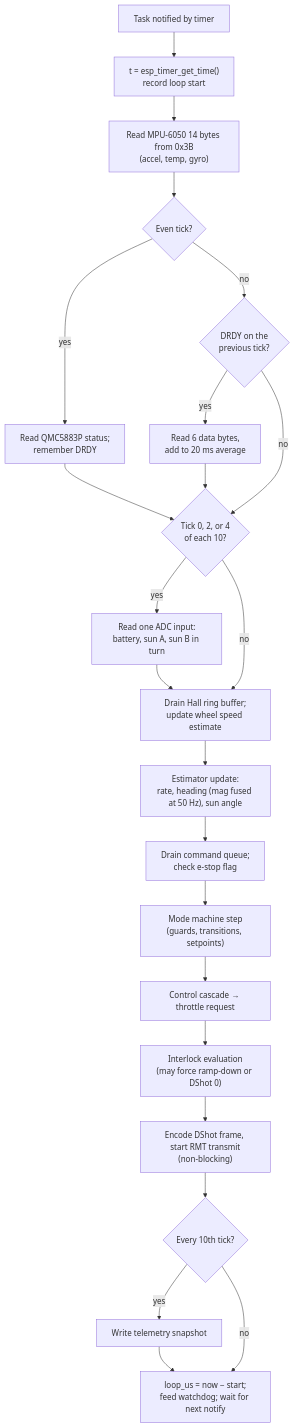
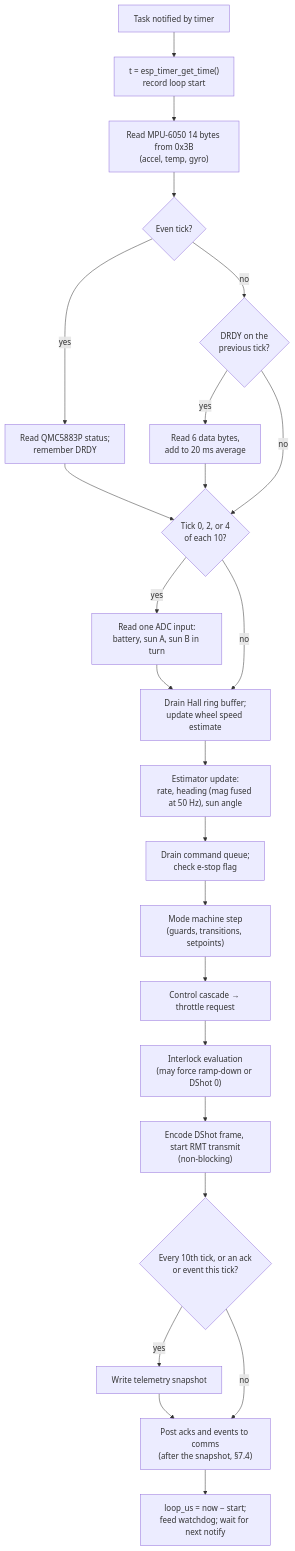
The fourth of 13 diagrams in docs/firmware-design.md (aarochu/DirecSun), drawn with Mermaid before and after one commit. The commit also changed other lines of this file and 3 other files, not shown here.

````diff
--- a/docs/firmware-design.md
+++ b/docs/firmware-design.md
@@ -309,25 +311,26 @@
 ```mermaid
 flowchart TD
     T0["Task notified by timer"] --> T1["t = esp_timer_get_time()<br/>record loop start"]
     T1 --> T2["Read MPU-6050 14 bytes from 0x3B<br/>(accel, temp, gyro)"]
     T2 --> T3{"Even tick?"}
     T3 -- yes --> T4["Read QMC5883P status;<br/>remember DRDY"]
     T3 -- no --> T3b{"DRDY on the<br/>previous tick?"}
     T3b -- yes --> T4b["Read 6 data bytes,<br/>add to 20 ms average"]
     T3b -- no --> T5
     T4 --> T5{"Tick 0, 2, or 4<br/>of each 10?"}
     T4b --> T5
     T5 -- yes --> T6["Read one ADC input:<br/>battery, sun A, sun B in turn"]
     T5 -- no --> T7
     T6 --> T7["Drain Hall ring buffer;<br/>update wheel speed estimate"]
     T7 --> T8["Estimator update:<br/>rate, heading (mag fused at 50 Hz), sun angle"]
     T8 --> T9["Drain command queue;<br/>check e-stop flag"]
     T9 --> T10["Mode machine step<br/>(guards, transitions, setpoints)"]
     T10 --> T11["Control cascade → throttle request"]
     T11 --> T12["Interlock evaluation<br/>(may force ramp-down or DShot 0)"]
     T12 --> T13["Encode DShot frame, start RMT transmit<br/>(non-blocking)"]
-    T13 --> T14{"Every 10th tick?"}
+    T13 --> T14{"Every 10th tick, or an ack<br/>or event this tick?"}
     T14 -- yes --> T15["Write telemetry snapshot"]
-    T14 -- no --> T16
-    T15 --> T16["loop_us = now − start;<br/>feed watchdog; wait for next notify"]
+    T14 -- no --> T15b
+    T15 --> T15b["Post acks and events to comms<br/>(after the snapshot, §7.4)"]
+    T15b --> T16["loop_us = now − start;<br/>feed watchdog; wait for next notify"]
 ```
````
